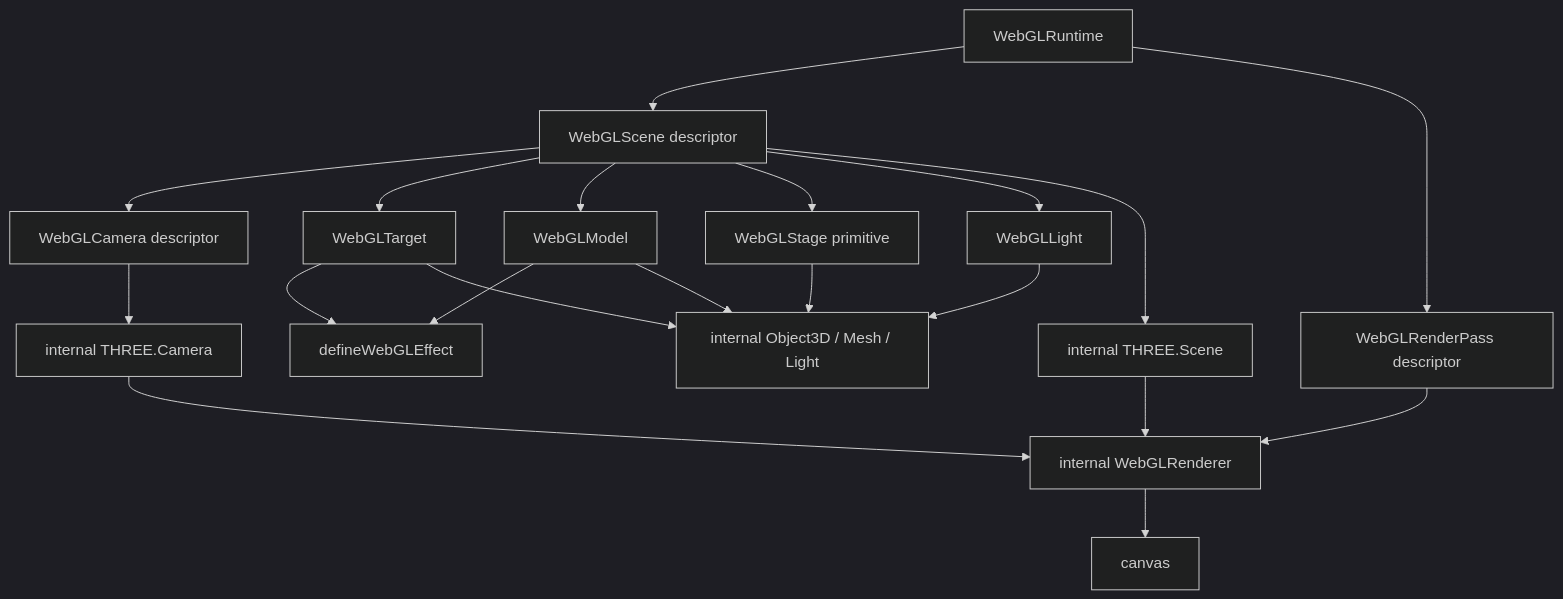
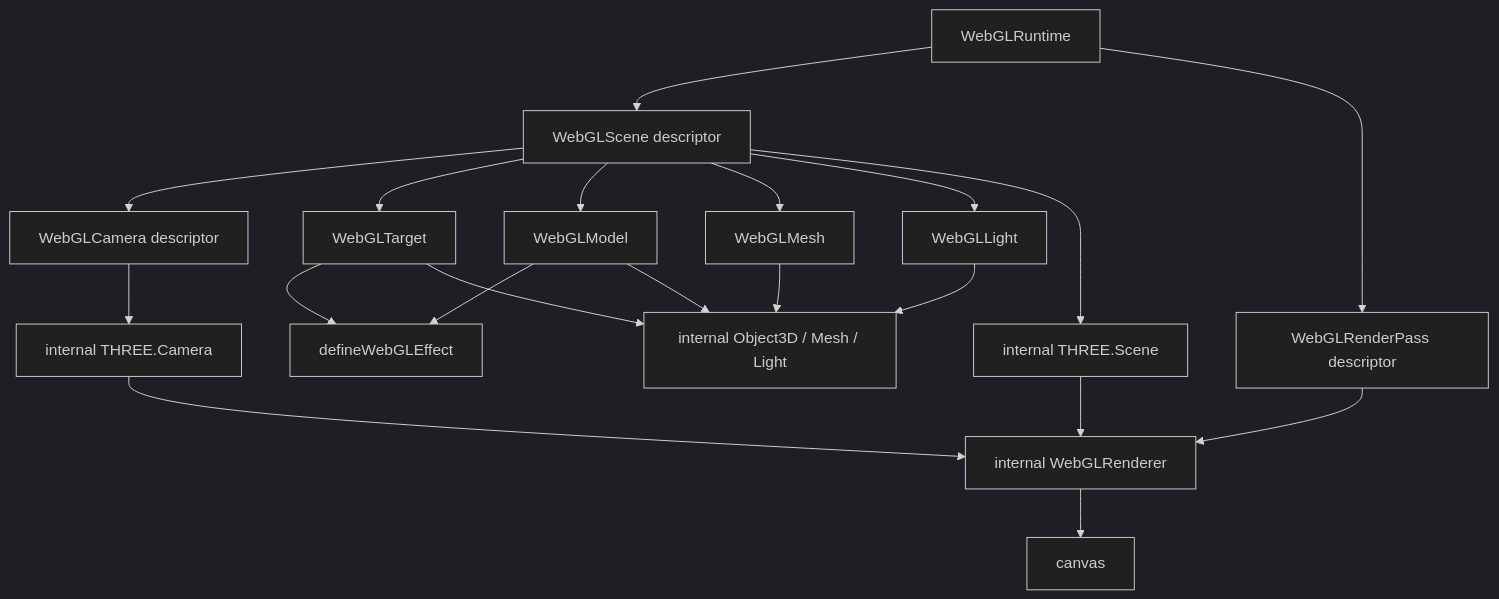
One commit to agenticnoob/dom-webgl-workspace changed the first of 2 diagrams in docs/roadmap/managed-render-system.md. Above: the diagram before and after it, drawn with Mermaid (dark theme). The commit also changed other lines of this file and 18 other files, not shown here.

Commit message:
docs: teach the unified WebGLMesh model

````diff
--- a/docs/roadmap/managed-render-system.md
+++ b/docs/roadmap/managed-render-system.md
@@ -384,39 +391,39 @@
 ```mermaid
 flowchart TD
   Runtime["WebGLRuntime"]
   Scene["WebGLScene descriptor"]
   Camera["WebGLCamera descriptor"]
   Pass["WebGLRenderPass descriptor"]
   Target["WebGLTarget"]
   Model["WebGLModel"]
-  Stage["WebGLStage primitive"]
+  Stage["WebGLMesh"]
   Light["WebGLLight"]
   Effect["defineWebGLEffect"]
 
   InternalScene["internal THREE.Scene"]
   InternalCamera["internal THREE.Camera"]
   InternalObject["internal Object3D / Mesh / Light"]
   Renderer["internal WebGLRenderer"]
   Canvas["canvas"]
 
   Runtime --> Scene
   Runtime --> Pass
   Scene --> Camera
   Scene --> Target
   Scene --> Model
   Scene --> Stage
   Scene --> Light
   Target --> Effect
   Model --> Effect
 
   Scene --> InternalScene
   Camera --> InternalCamera
   Target --> InternalObject
   Model --> InternalObject
   Stage --> InternalObject
   Light --> InternalObject
   Pass --> Renderer
   InternalScene --> Renderer
   InternalCamera --> Renderer
   Renderer --> Canvas
 ```
````
